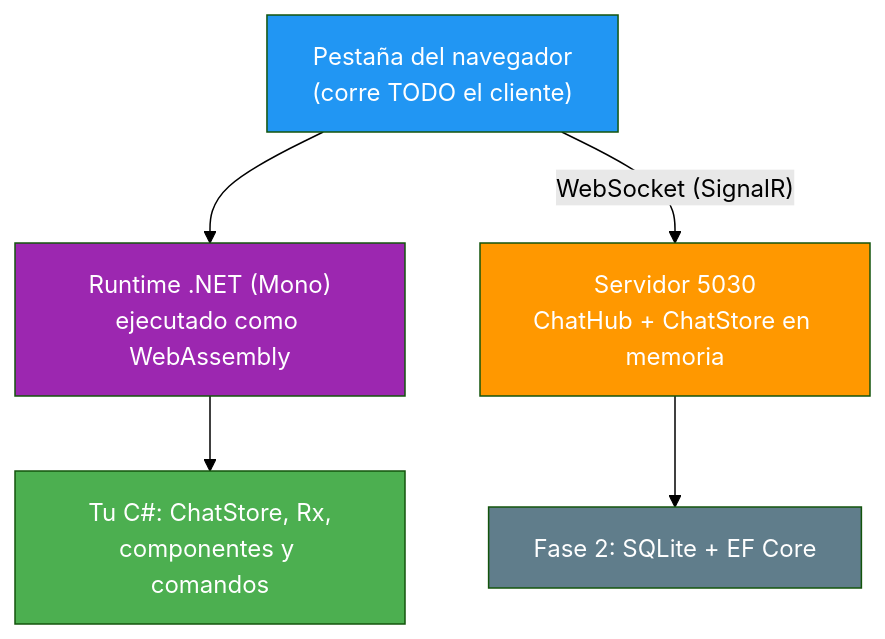
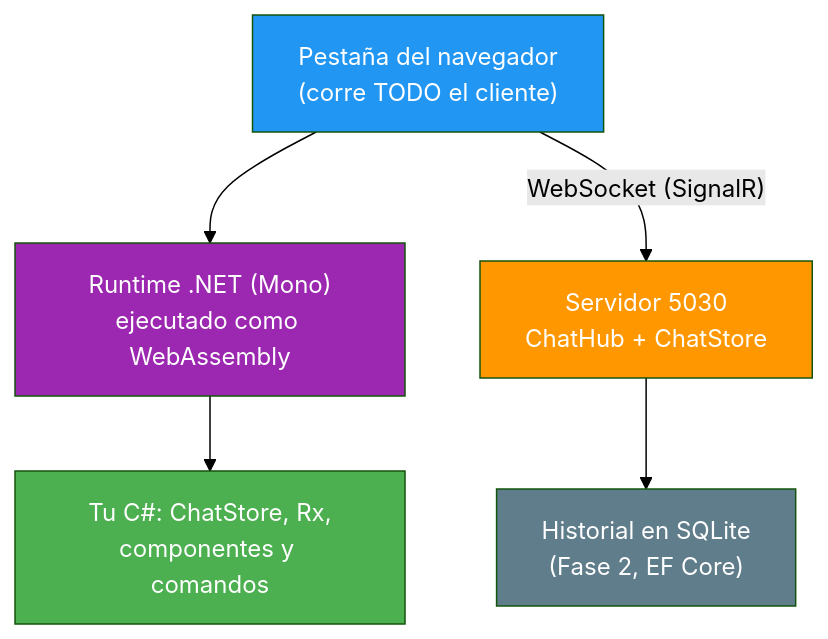
The first of 11 diagrams in docs/03-cliente-blazor.md (joseluisgs/AulaChatNet), drawn with Mermaid (forest theme) before and after one commit. The commit also changed other lines of this file and 3 other files, not shown here.

````diff
--- a/docs/03-cliente-blazor.md
+++ b/docs/03-cliente-blazor.md
@@ -49,13 +49,13 @@
 ```mermaid
 flowchart TD
     P["Pestaña del navegador<br/>(corre TODO el cliente)"] --> R["Runtime .NET (Mono)<br/>ejecutado como WebAssembly"]
     R --> C["Tu C#: ChatStore, Rx,<br/>componentes y comandos"]
-    P -->|"WebSocket (SignalR)"| H["Servidor 5030<br/>ChatHub + ChatStore en memoria"]
-    H --> F["Fase 2: SQLite + EF Core"]
+    P -->|"WebSocket (SignalR)"| H["Servidor 5030<br/>ChatHub + ChatStore"]
+    H --> F["Historial en SQLite<br/>(Fase 2, EF Core)"]
 
     style P fill:#2196F3,color:#fff
     style R fill:#9C27B0,color:#fff
     style C fill:#4CAF50,color:#fff
     style H fill:#FF9800,color:#fff
     style F fill:#607D8B,color:#fff
 ```
````
